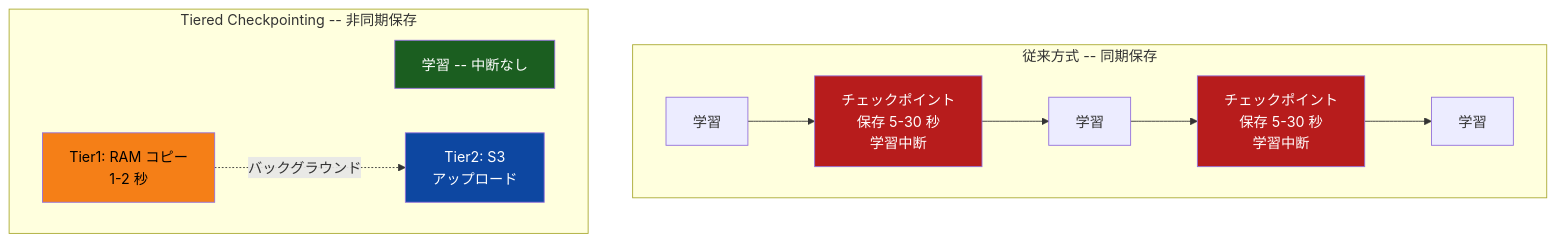
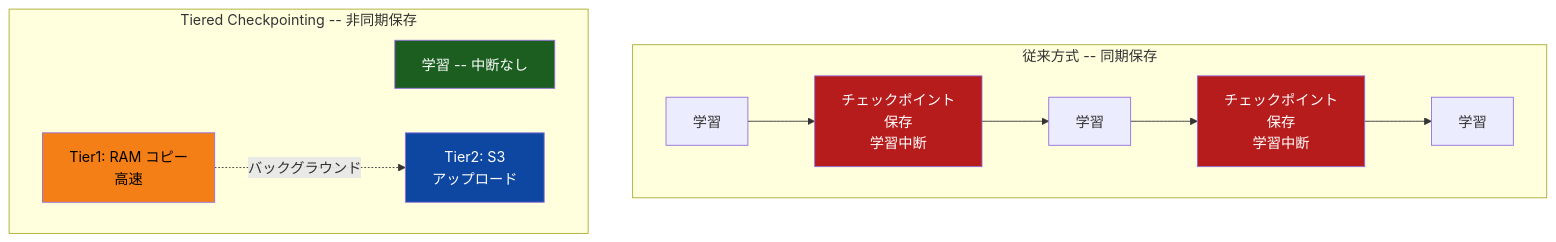
One commit to littlemex/zenn changed the third of 5 diagrams in articles/98e6a7acbac32e.md. Above: the diagram before and after it, drawn with Mermaid. The commit also changed other lines of this file, not shown here.

````diff
--- a/articles/98e6a7acbac32e.md
+++ b/articles/98e6a7acbac32e.md
@@ -116,19 +115,19 @@
 ```mermaid
 graph TB
     subgraph "従来方式 -- 同期保存"
         direction LR
-        A1["学習"] --> A2["チェックポイント<br/>保存 5-30 秒<br/>学習中断"] --> A3["学習"] --> A4["チェックポイント<br/>保存 5-30 秒<br/>学習中断"] --> A5["学習"]
+        A1["学習"] --> A2["チェックポイント<br/>保存<br/>学習中断"] --> A3["学習"] --> A4["チェックポイント<br/>保存<br/>学習中断"] --> A5["学習"]
     end
 
     subgraph "Tiered Checkpointing -- 非同期保存"
         direction LR
         B1["学習 -- 中断なし"]
-        B2["Tier1: RAM コピー<br/>1-2 秒"] -.->|"バックグラウンド"| B3["Tier2: S3<br/>アップロード"]
+        B2["Tier1: RAM コピー<br/>高速"] -.->|"バックグラウンド"| B3["Tier2: S3<br/>アップロード"]
     end
 
     style A2 fill: #b71c1c,color: #ffffff
     style A4 fill: #b71c1c,color: #ffffff
     style B1 fill: #1b5e20,color: #ffffff
     style B2 fill: #f57f17,color: #000000
     style B3 fill: #0d47a1,color: #ffffff
 ```
````
